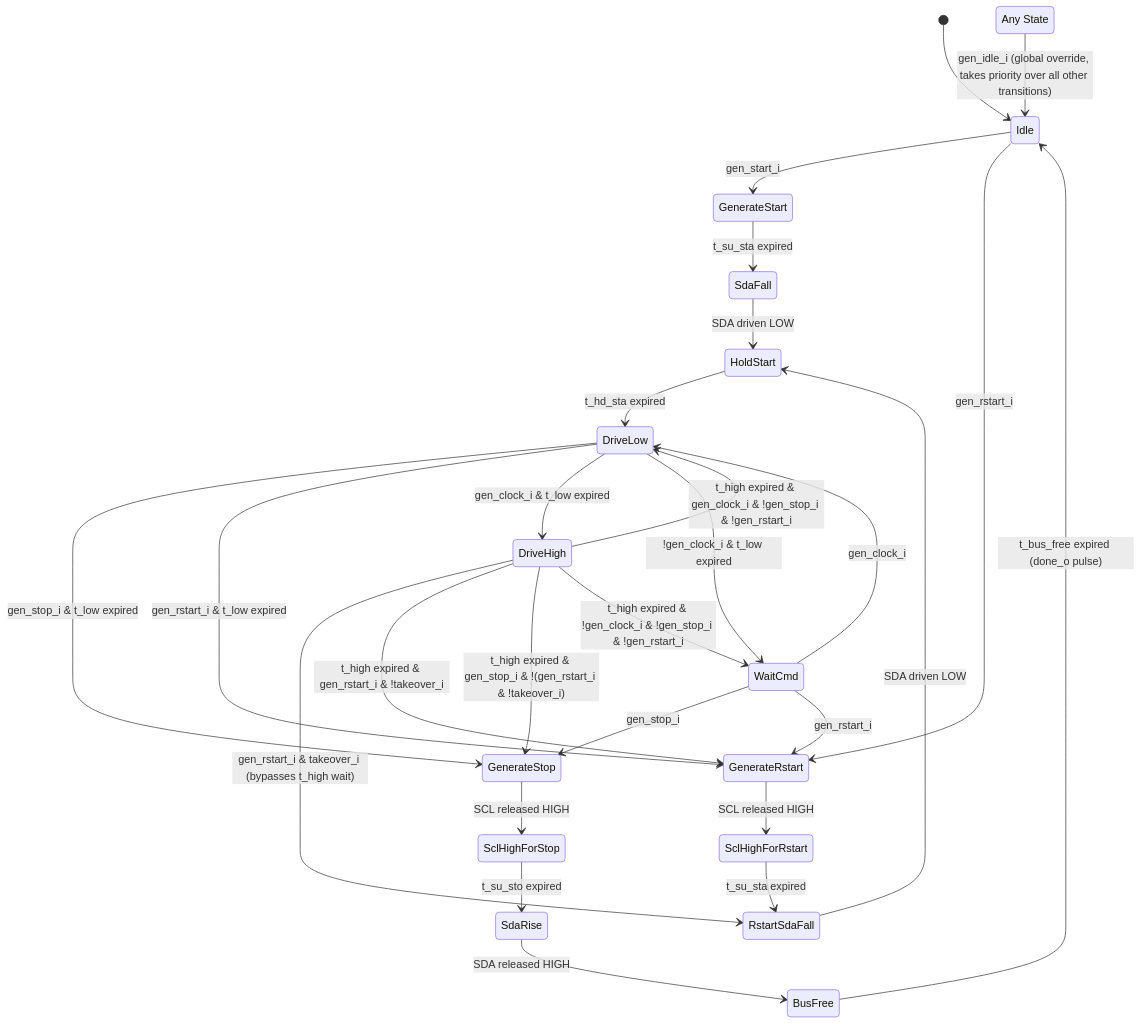
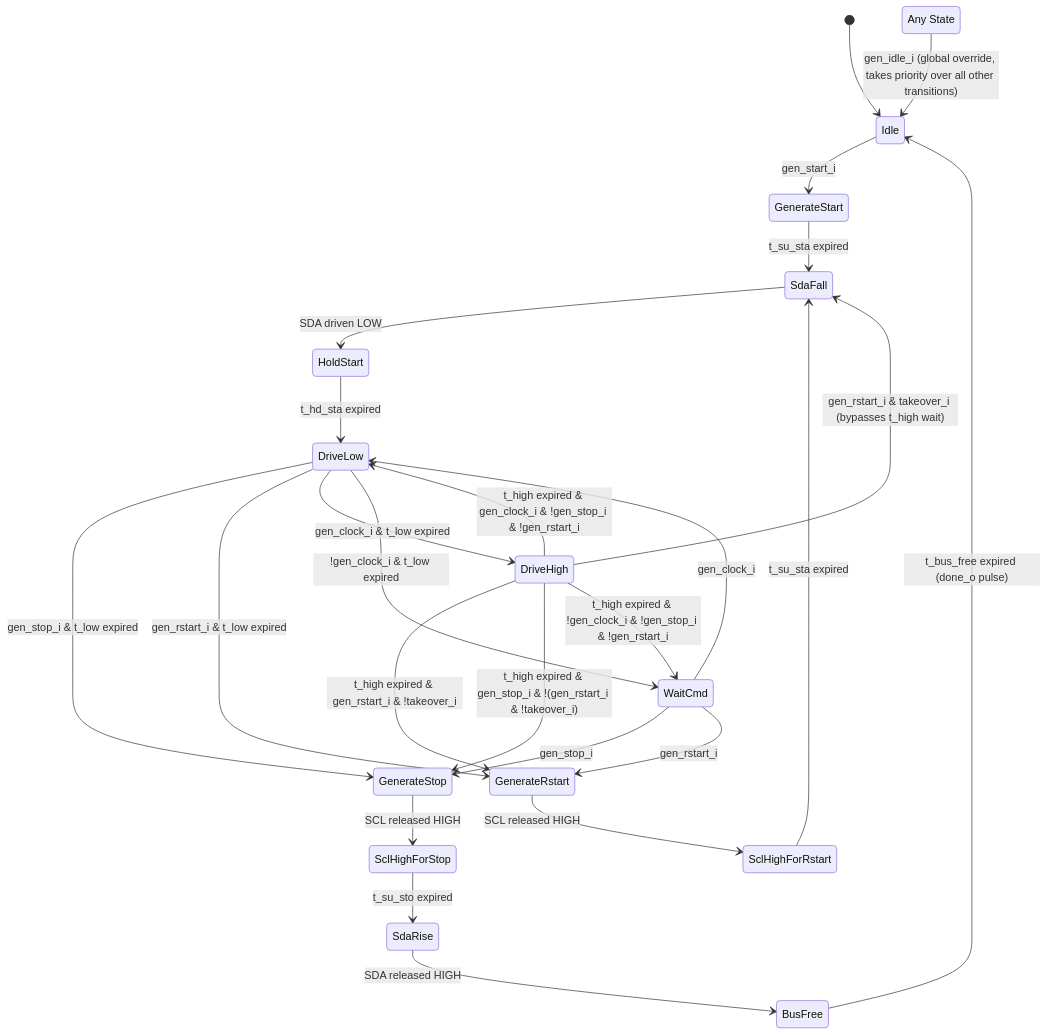
One commit to minhuy206/i3c changed the second of 2 diagrams in docs/module_specs/03_scl_generator_spec.md. Above: the diagram before and after it, drawn with Mermaid. The commit also changed other lines of this file and 93 other files, not shown here.

````diff
--- a/docs/module_specs/03_scl_generator_spec.md
+++ b/docs/module_specs/03_scl_generator_spec.md
@@ -190,38 +189,35 @@
 ```mermaid
 stateDiagram-v2
     [*] --> Idle
 
     Idle --> GenerateStart: gen_start_i
-    Idle --> GenerateRstart: gen_rstart_i
-
     GenerateStart --> SdaFall: t_su_sta expired
     SdaFall --> HoldStart: SDA driven LOW
     HoldStart --> DriveLow: t_hd_sta expired
 
     GenerateRstart --> SclHighForRstart: SCL released HIGH
-    SclHighForRstart --> RstartSdaFall: t_su_sta expired
-    RstartSdaFall --> HoldStart: SDA driven LOW
+    SclHighForRstart --> SdaFall: t_su_sta expired
 
     DriveLow --> GenerateStop: gen_stop_i & t_low expired
     DriveLow --> GenerateRstart: gen_rstart_i & t_low expired
     DriveLow --> DriveHigh: gen_clock_i & t_low expired
     DriveLow --> WaitCmd: !gen_clock_i & t_low expired
 
-    DriveHigh --> RstartSdaFall: gen_rstart_i & takeover_i (bypasses t_high wait)
+    DriveHigh --> SdaFall: gen_rstart_i & takeover_i (bypasses t_high wait)
     DriveHigh --> GenerateRstart: t_high expired & gen_rstart_i & !takeover_i
     DriveHigh --> GenerateStop: t_high expired & gen_stop_i & !(gen_rstart_i & !takeover_i)
     DriveHigh --> DriveLow: t_high expired & gen_clock_i & !gen_stop_i & !gen_rstart_i
     DriveHigh --> WaitCmd: t_high expired & !gen_clock_i & !gen_stop_i & !gen_rstart_i
 
     WaitCmd --> DriveLow: gen_clock_i
     WaitCmd --> GenerateStop: gen_stop_i
     WaitCmd --> GenerateRstart: gen_rstart_i
 
     GenerateStop --> SclHighForStop: SCL released HIGH
     SclHighForStop --> SdaRise: t_su_sto expired
     SdaRise --> BusFree: SDA released HIGH
     BusFree --> Idle: t_bus_free expired (done_o pulse)
 
     state "Any State" as AnyState
     AnyState --> Idle: gen_idle_i (global override, takes priority over all other transitions)
 ```
````
